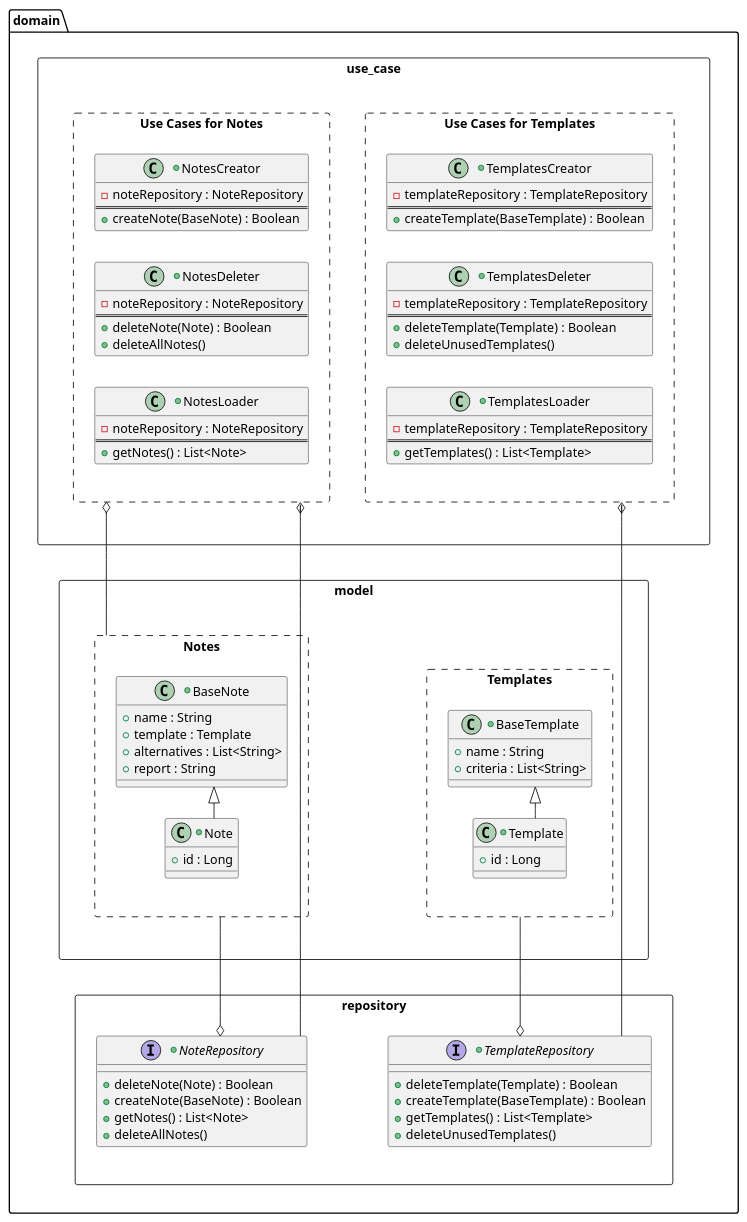
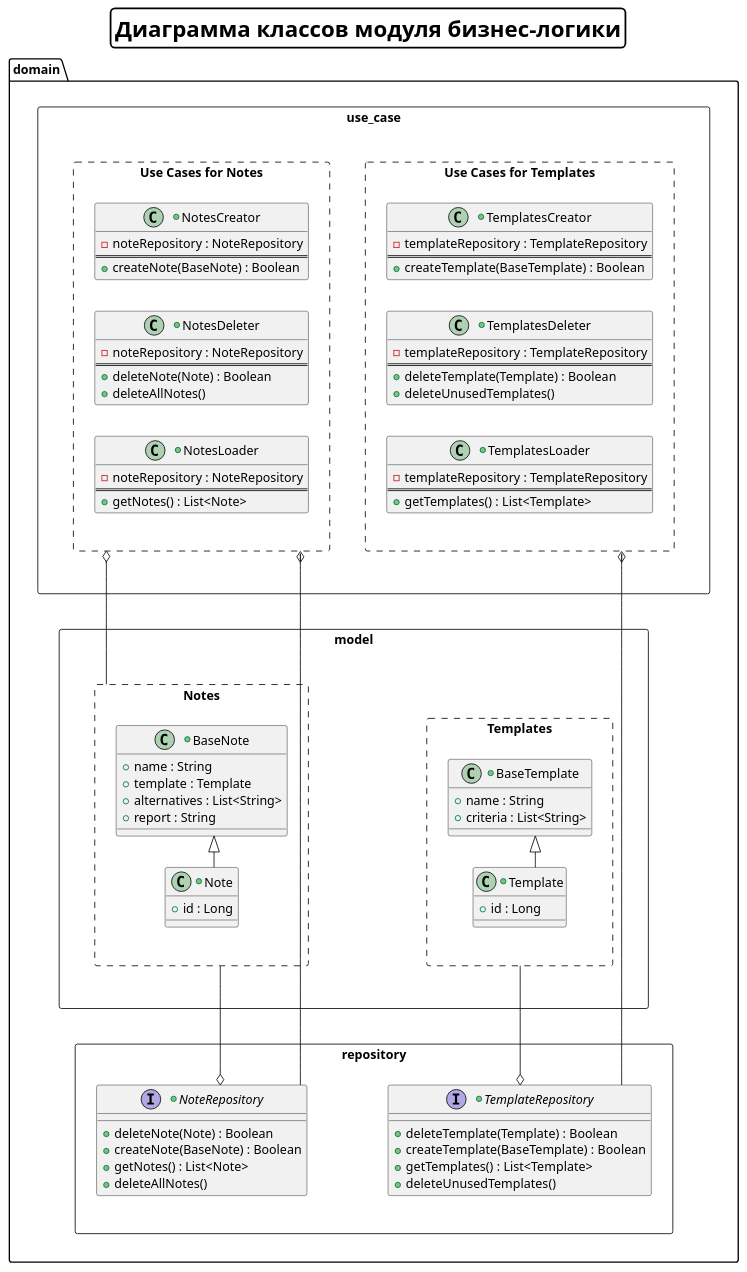
One commit to ethernet389/MAI-2 changed the diagram in diagrams/architecture/domain.puml. Above: the diagram before and after it, drawn with PlantUML. The commit also changed 5 other files, not shown here.

Commit message:
Add modules.puml and add titles to diagrams

```diff
--- a/diagrams/architecture/domain.puml
+++ b/diagrams/architecture/domain.puml
@@ -1,128 +1,134 @@
 @startuml
 
 left to right direction
 skinparam linetype ortho
+skinparam titleBorderRoundCorner 10
+skinparam titleBorderThickness 2
+skinparam titleBorderColor black
+skinparam titleFontSize 25
+
+title Диаграмма классов модуля бизнес-логики
 
 /' Object '/
 package domain {
     rectangle use_case {
         rectangle "Use Cases for Notes" #line.dashed {
             +class NotesCreator {
                 -noteRepository : NoteRepository
                 ==
                 +createNote(BaseNote) : Boolean
             }
 
             +class NotesDeleter {
                 -noteRepository : NoteRepository
                 ==
                 +deleteNote(Note) : Boolean
                 +deleteAllNotes()
             }
 
             +class NotesLoader {
                 -noteRepository : NoteRepository
                 ==
                 +getNotes() : List<Note>
             }
         }
 
 
         rectangle "Use Cases for Templates" #line.dashed {
             +class TemplatesCreator {
                 -templateRepository : TemplateRepository
                 ==
                 +createTemplate(BaseTemplate) : Boolean
             }
 
             +class TemplatesDeleter {
                 -templateRepository : TemplateRepository
                 ==
                 +deleteTemplate(Template) : Boolean
                 +deleteUnusedTemplates()
             }
 
             +class TemplatesLoader {
                 -templateRepository : TemplateRepository
                 ==
                 +getTemplates() : List<Template>
             }
         }
     }
 
 
     rectangle model {
         rectangle Notes #line.dashed {
             +class BaseNote {
                 +name : String
                 +template : Template
                 +alternatives : List<String>
                 +report : String
             }
 
             +class Note {
                 +id : Long
             }
         }
 
 
         rectangle Templates #line.dashed {
             +class Template {
                 +id : Long
             }
 
             +class BaseTemplate {
                 +name : String
                 +criteria : List<String>
             }
         }
     }
 
 
     rectangle repository {
         +interface NoteRepository {
             +deleteNote(Note) : Boolean
             +createNote(BaseNote) : Boolean
             +getNotes() : List<Note>
             +deleteAllNotes()
         }
 
         +interface TemplateRepository {
             +deleteTemplate(Template) : Boolean
             +createTemplate(BaseTemplate) : Boolean
             +getTemplates() : List<Template>
             +deleteUnusedTemplates()
         }
     }
 }
 
 /' use_case position '/
 NotesLoader -[hidden]r- NotesDeleter
 NotesDeleter -[hidden]r- NotesCreator
 TemplatesLoader -[hidden]r- TemplatesDeleter
 TemplatesDeleter -[hidden]r- TemplatesCreator
 TemplatesDeleter -[hidden]u- NotesDeleter
 
 /' model position '/
 Note -[hidden]l- BaseNote
 Template -[hidden]r- BaseTemplate
 Template -[hidden]u- Note
 
 /' repository position '/
 NoteRepository -[hidden]d- TemplateRepository
 
 /' package position '/
 use_case -[hidden]r- model
 model -[hidden]r- repository
 
 /' Relations '/
 Note --|> BaseNote
 Template --|> BaseTemplate
 Templates --ro TemplateRepository
 Notes --ro NoteRepository
 
 NoteRepository --lo "Use Cases for Notes"
 TemplateRepository --lo "Use Cases for Templates"
 Notes --lo "Use Cases for Notes"
 
 @enduml
```
